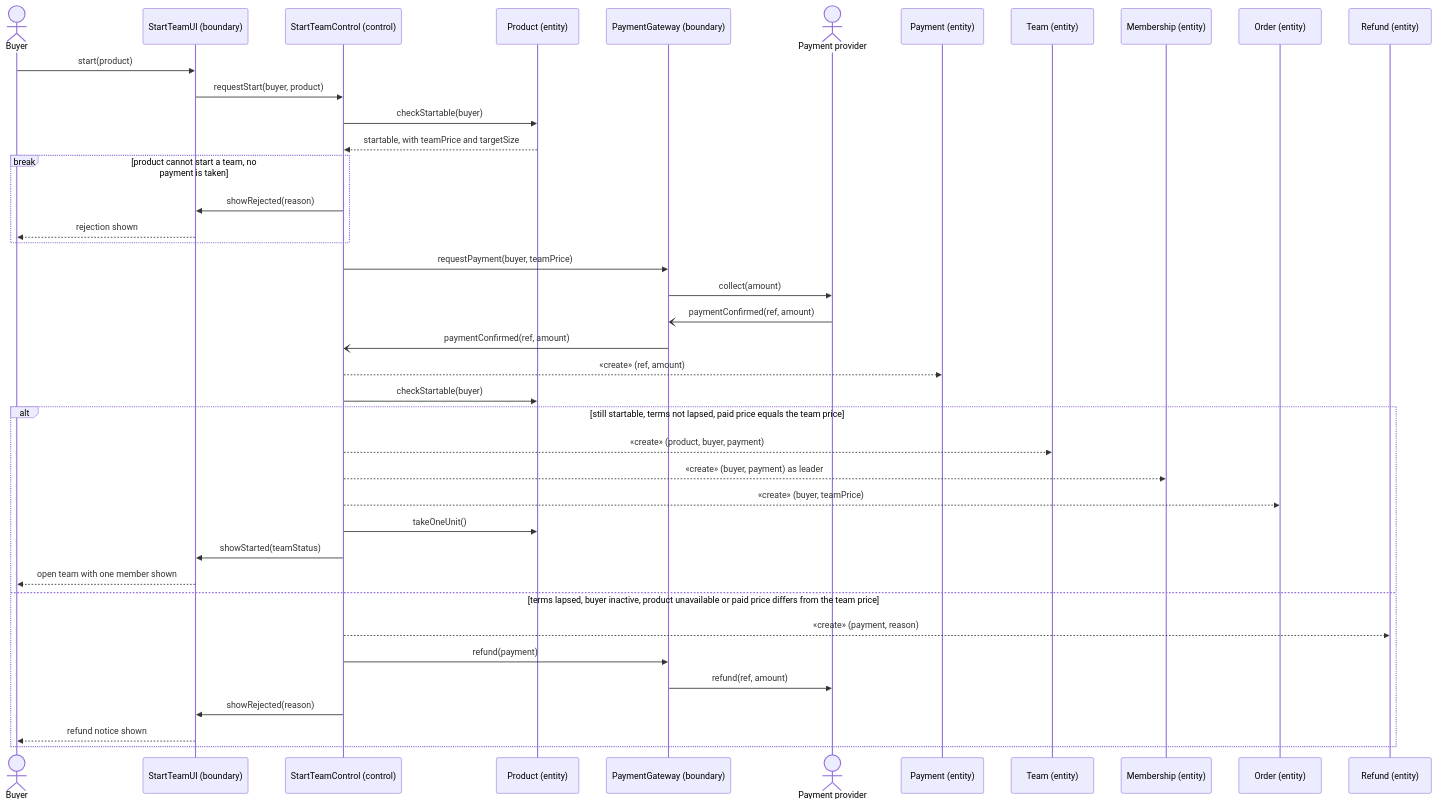
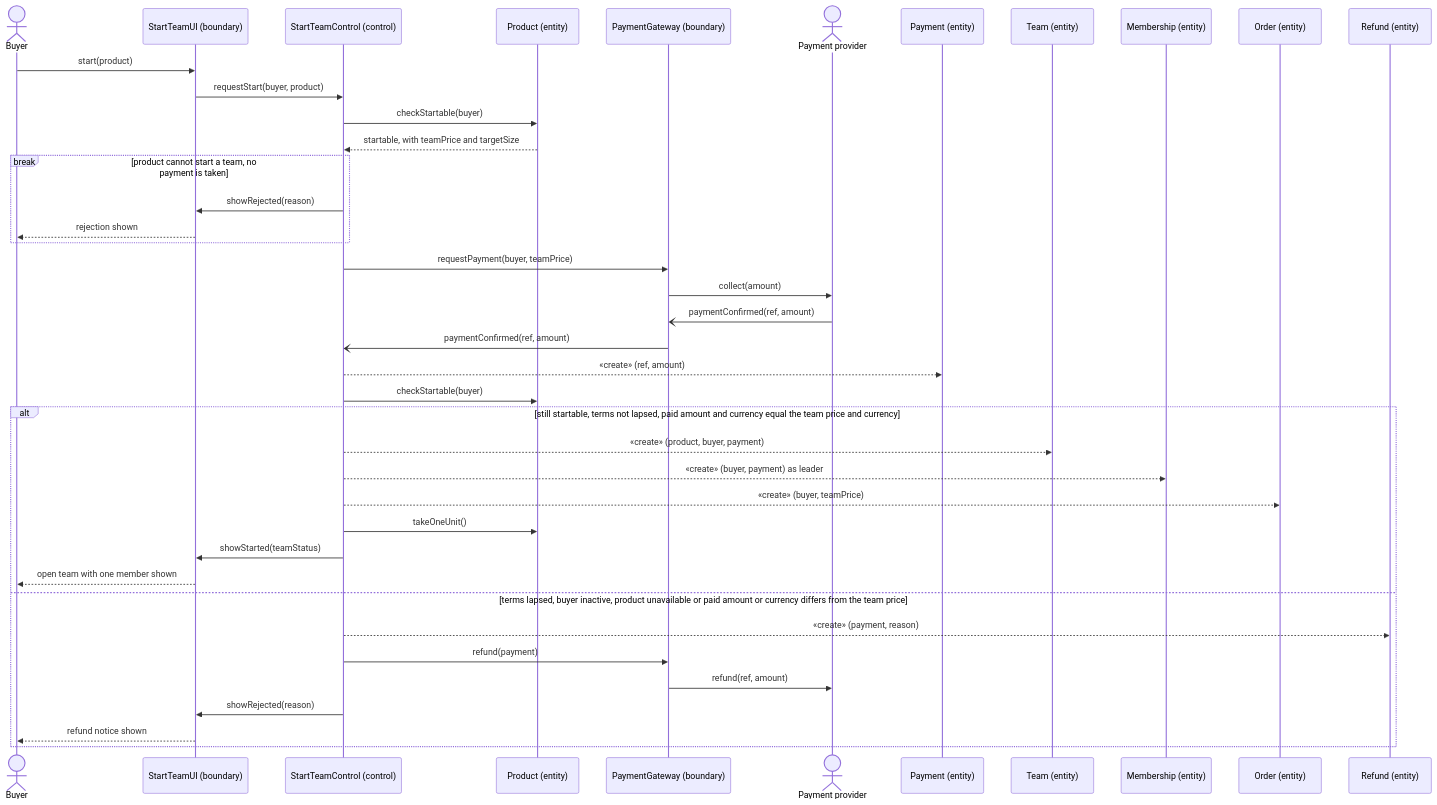
One commit to PPsyrius/iss-groupbuy-team8 changed the second of 11 diagrams in docs/swe5006/report-drafts/eric-wang-contribution.md. Above: the diagram before and after it, drawn with Mermaid.

Commit message:
docs(swe5006): name the currency in the UC3 price guard (#463)
PaidParticipation.requirePrice rejects a payment whose amount or currency differs from the team's, so the UC3 analysis sequence guard now names both. Raised by CodeRabbit on PR #665.

Claude-Session: https://claude.ai/code/session_01V2nyFwaRrKUaTK6rkyoSMQ

````diff
--- a/docs/swe5006/report-drafts/eric-wang-contribution.md
+++ b/docs/swe5006/report-drafts/eric-wang-contribution.md
@@ -136,43 +136,43 @@
 ```mermaid
 sequenceDiagram
     actor Buyer
     participant UI as StartTeamUI (boundary)
     participant Ctl as StartTeamControl (control)
     participant Prod as Product (entity)
     participant PG as PaymentGateway (boundary)
     actor Provider as Payment provider
     participant Pay as Payment (entity)
     participant Team as Team (entity)
     participant Mem as Membership (entity)
     participant Ord as Order (entity)
     participant Ref as Refund (entity)
 
     Buyer->>UI: start(product)
     UI->>Ctl: requestStart(buyer, product)
     Ctl->>Prod: checkStartable(buyer)
     Prod-->>Ctl: startable, with teamPrice and targetSize
     break product cannot start a team, no payment is taken
         Ctl->>UI: showRejected(reason)
         UI-->>Buyer: rejection shown
     end
     Ctl->>PG: requestPayment(buyer, teamPrice)
     PG->>Provider: collect(amount)
     Provider-)PG: paymentConfirmed(ref, amount)
     PG-)Ctl: paymentConfirmed(ref, amount)
     Ctl-->>Pay: «create» (ref, amount)
     Ctl->>Prod: checkStartable(buyer)
-    alt still startable, terms not lapsed, paid price equals the team price
+    alt still startable, terms not lapsed, paid amount and currency equal the team price and currency
         Ctl-->>Team: «create» (product, buyer, payment)
         Ctl-->>Mem: «create» (buyer, payment) as leader
         Ctl-->>Ord: «create» (buyer, teamPrice)
         Ctl->>Prod: takeOneUnit()
         Ctl->>UI: showStarted(teamStatus)
         UI-->>Buyer: open team with one member shown
-    else terms lapsed, buyer inactive, product unavailable or paid price differs from the team price
+    else terms lapsed, buyer inactive, product unavailable or paid amount or currency differs from the team price
         Ctl-->>Ref: «create» (payment, reason)
         Ctl->>PG: refund(payment)
         PG->>Provider: refund(ref, amount)
         Ctl->>UI: showRejected(reason)
         UI-->>Buyer: refund notice shown
     end
 ```
````
